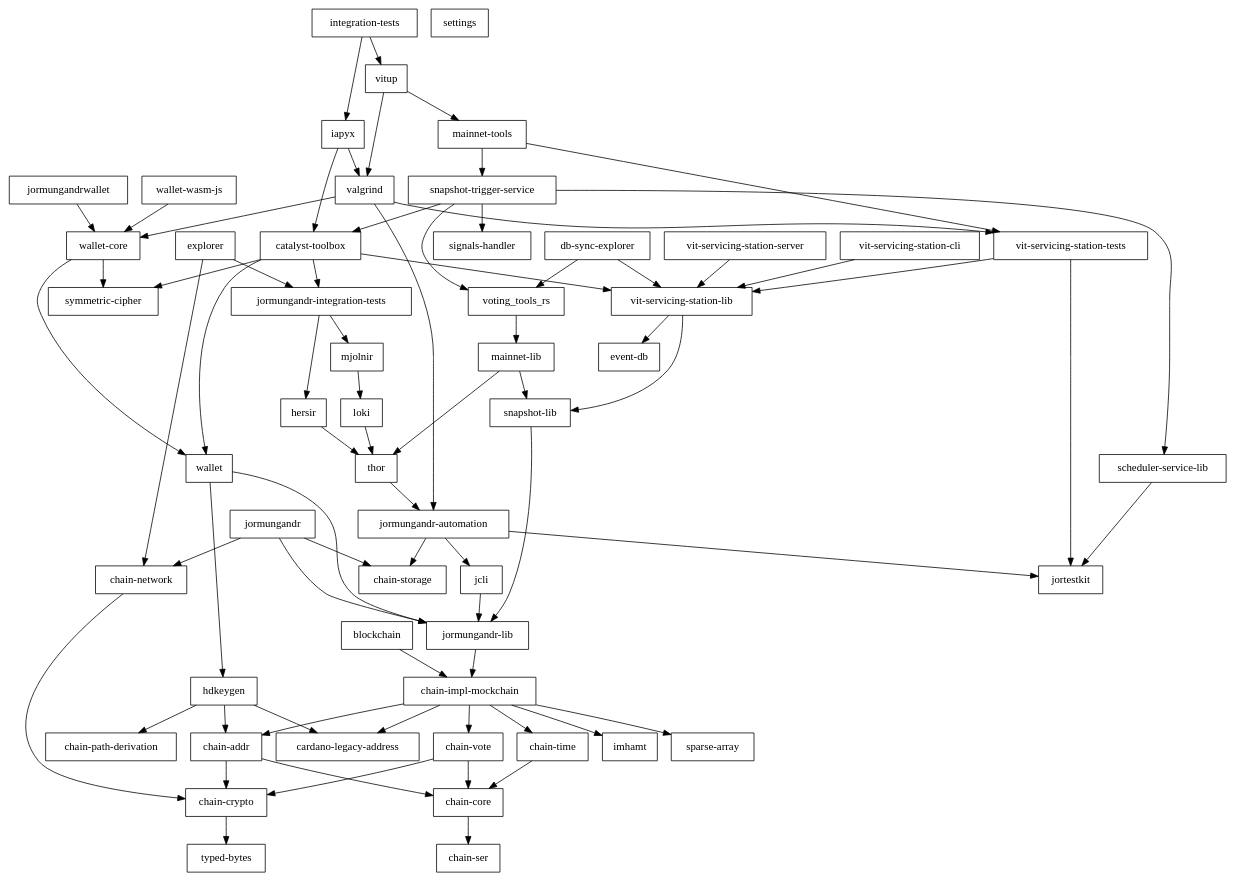
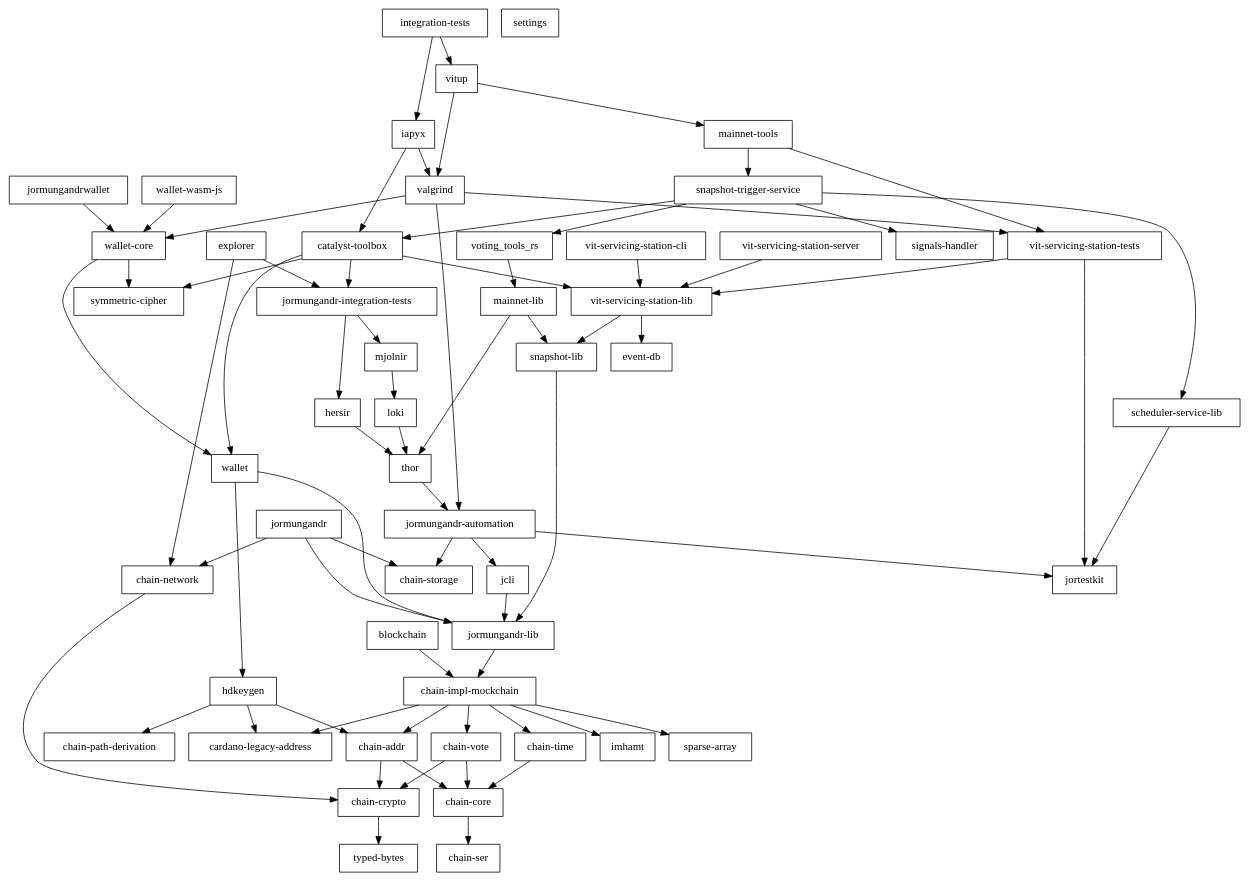
Before and after one commit to input-output-hk/catalyst-core: the diagram in main/06_rust_api/rust/doc/workspace.depgraph.dot, drawn with Graphviz. The commit also changed 2272 other files, not shown here.

```diff
--- a/main/06_rust_api/rust/doc/workspace.depgraph.dot
+++ b/main/06_rust_api/rust/doc/workspace.depgraph.dot
@@ -1,125 +1,122 @@
 digraph {
     0 [ label = "catalyst-toolbox" shape = box]
     1 [ label = "chain-addr" shape = box]
     2 [ label = "chain-core" shape = box]
     3 [ label = "chain-ser" shape = box]
     4 [ label = "chain-crypto" shape = box]
     5 [ label = "typed-bytes" shape = box]
     6 [ label = "chain-impl-mockchain" shape = box]
     7 [ label = "cardano-legacy-address" shape = box]
     8 [ label = "chain-time" shape = box]
     9 [ label = "chain-vote" shape = box]
     10 [ label = "imhamt" shape = box]
     11 [ label = "sparse-array" shape = box]
     12 [ label = "chain-storage" shape = box]
     13 [ label = "jcli" shape = box]
     14 [ label = "jormungandr-lib" shape = box]
     15 [ label = "jormungandr-automation" shape = box]
     16 [ label = "jortestkit" shape = box]
     17 [ label = "jormungandr-integration-tests" shape = box]
     18 [ label = "hersir" shape = box]
     19 [ label = "thor" shape = box]
     20 [ label = "loki" shape = box]
     21 [ label = "mjolnir" shape = box]
     22 [ label = "snapshot-lib" shape = box]
     23 [ label = "symmetric-cipher" shape = box]
     24 [ label = "vit-servicing-station-lib" shape = box]
     25 [ label = "event-db" shape = box]
     26 [ label = "vit-servicing-station-tests" shape = box]
     27 [ label = "wallet" shape = box]
     28 [ label = "chain-path-derivation" shape = box]
     29 [ label = "hdkeygen" shape = box]
     30 [ label = "chain-network" shape = box]
     31 [ label = "jormungandrwallet" shape = box]
     32 [ label = "wallet-core" shape = box]
     33 [ label = "wallet-wasm-js" shape = box]
     34 [ label = "jormungandr" shape = box]
     35 [ label = "explorer" shape = box]
     36 [ label = "settings" shape = box]
     37 [ label = "blockchain" shape = box]
     38 [ label = "vit-servicing-station-cli" shape = box]
     39 [ label = "vit-servicing-station-server" shape = box]
     40 [ label = "iapyx" shape = box]
     41 [ label = "valgrind" shape = box]
     42 [ label = "vitup" shape = box]
     43 [ label = "mainnet-lib" shape = box]
     44 [ label = "mainnet-tools" shape = box]
     45 [ label = "scheduler-service-lib" shape = box]
     46 [ label = "signals-handler" shape = box]
     47 [ label = "snapshot-trigger-service" shape = box]
     48 [ label = "voting_tools_rs" shape = box]
     49 [ label = "integration-tests" shape = box]
-    50 [ label = "db-sync-explorer" shape = box]
     0 -> 17 [ ]
     0 -> 23 [ ]
     0 -> 24 [ ]
     0 -> 27 [ ]
     1 -> 2 [ ]
     1 -> 4 [ ]
     2 -> 3 [ ]
     4 -> 5 [ ]
     6 -> 7 [ ]
     6 -> 1 [ ]
     6 -> 8 [ ]
     6 -> 9 [ ]
     6 -> 10 [ ]
     6 -> 11 [ ]
     8 -> 2 [ ]
     9 -> 2 [ ]
     9 -> 4 [ ]
     13 -> 14 [ ]
     14 -> 6 [ ]
     15 -> 12 [ ]
     15 -> 13 [ ]
     15 -> 16 [ ]
     17 -> 18 [ ]
     17 -> 21 [ ]
     18 -> 19 [ ]
     19 -> 15 [ ]
     20 -> 19 [ ]
     21 -> 20 [ ]
     22 -> 14 [ ]
     24 -> 25 [ ]
     24 -> 22 [ ]
     26 -> 16 [ ]
     26 -> 24 [ ]
     27 -> 29 [ ]
     27 -> 14 [ ]
     29 -> 7 [ ]
     29 -> 1 [ ]
     29 -> 28 [ ]
     30 -> 4 [ ]
     31 -> 32 [ ]
     32 -> 23 [ ]
     32 -> 27 [ ]
     33 -> 32 [ ]
     34 -> 30 [ ]
     34 -> 12 [ ]
     34 -> 14 [ ]
     35 -> 30 [ ]
     35 -> 17 [ ]
     37 -> 6 [ ]
     38 -> 24 [ ]
     39 -> 24 [ ]
     40 -> 0 [ ]
     40 -> 41 [ ]
     41 -> 15 [ ]
     41 -> 26 [ ]
     41 -> 32 [ ]
     42 -> 44 [ ]
     42 -> 41 [ ]
     43 -> 22 [ ]
     43 -> 19 [ ]
     44 -> 47 [ ]
     44 -> 26 [ ]
     45 -> 16 [ ]
     47 -> 0 [ ]
     47 -> 45 [ ]
     47 -> 46 [ ]
     47 -> 48 [ ]
     48 -> 43 [ ]
     49 -> 40 [ ]
     49 -> 42 [ ]
-    50 -> 24 [ ]
-    50 -> 48 [ ]
 }
```
